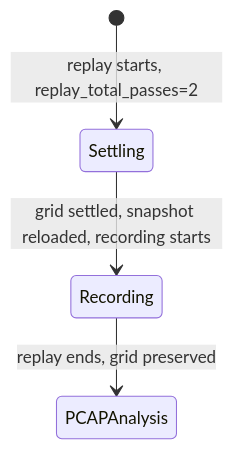
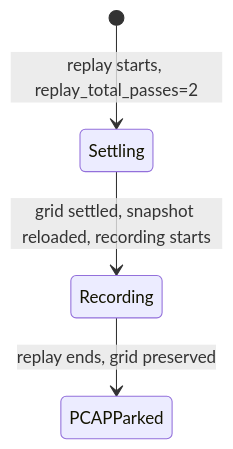
One commit to banshee-data/velocity.report changed the second of 2 diagrams in docs/lidar/operations/pcap-analysis-mode.md. Above: the diagram before and after it, drawn with Mermaid. The commit also changed other lines of this file, not shown here.

````diff
--- a/docs/lidar/operations/pcap-analysis-mode.md
+++ b/docs/lidar/operations/pcap-analysis-mode.md
@@ -215,6 +221,6 @@
 ```mermaid
 stateDiagram-v2
 	[*] --> Settling: replay starts, replay_total_passes=2
 	Settling --> Recording: grid settled, snapshot reloaded, recording starts
-	Recording --> PCAPAnalysis: replay ends, grid preserved
+	Recording --> PCAPParked: replay ends, grid preserved
 ```
````
